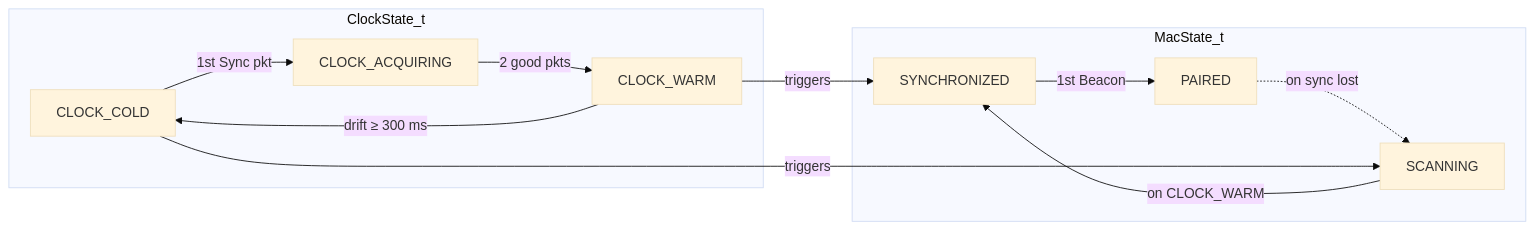
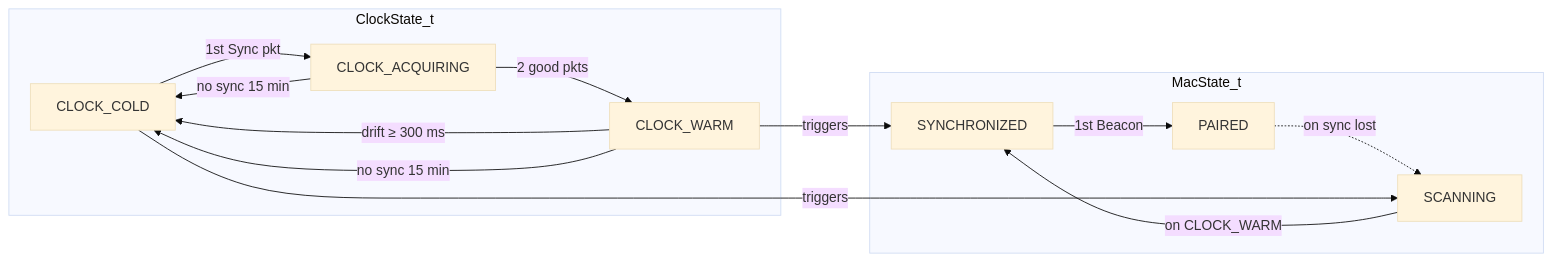
Before and after one commit to ArcLoRaM/firmware: the third of 3 diagrams in docs/diagrams/02-mac-clock-state-machine.md, drawn with Mermaid (base theme). The commit also changed other lines of this file and 36 other files, not shown here.

````diff
--- a/docs/diagrams/02-mac-clock-state-machine.md
+++ b/docs/diagrams/02-mac-clock-state-machine.md
@@ -71,23 +73,25 @@
 ```mermaid
 flowchart LR
     subgraph Clock["ClockState_t"]
         COLD["CLOCK_COLD"]
         ACQ["CLOCK_ACQUIRING"]
         WARM["CLOCK_WARM"]
         COLD --> |"1st Sync pkt"| ACQ
         ACQ --> |"2 good pkts"| WARM
         WARM --> |"drift ≥ 300 ms"| COLD
+        WARM --> |"no sync 15 min"| COLD
+        ACQ --> |"no sync 15 min"| COLD
     end
 
     subgraph MAC["MacState_t"]
         SCAN["SCANNING"]
         SYNCD["SYNCHRONIZED"]
         PAIR["PAIRED"]
         SCAN --> |"on CLOCK_WARM"| SYNCD
         SYNCD --> |"1st Beacon"| PAIR
         PAIR -.-> |"on sync lost"| SCAN
     end
 
     WARM -- "triggers" --> SYNCD
     COLD -- "triggers" --> SCAN
 ```
````
